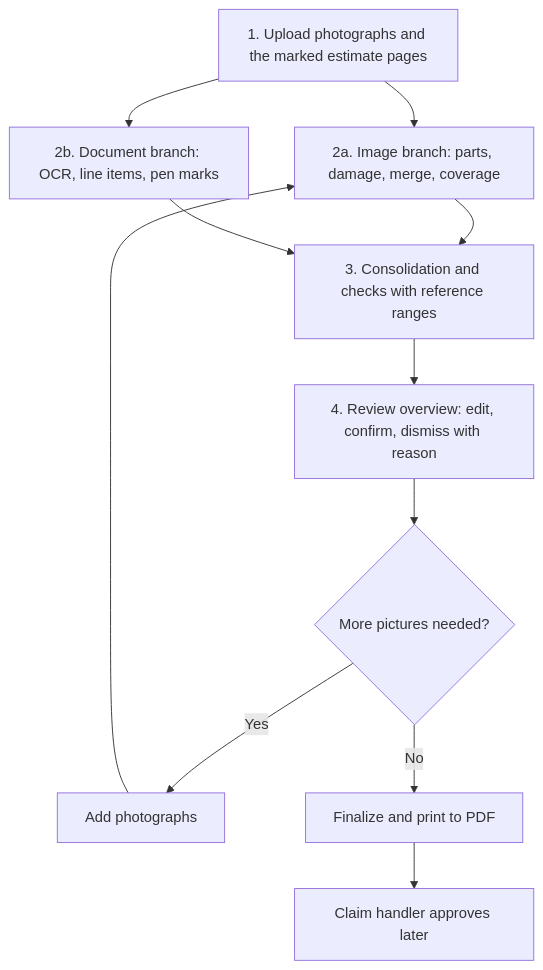
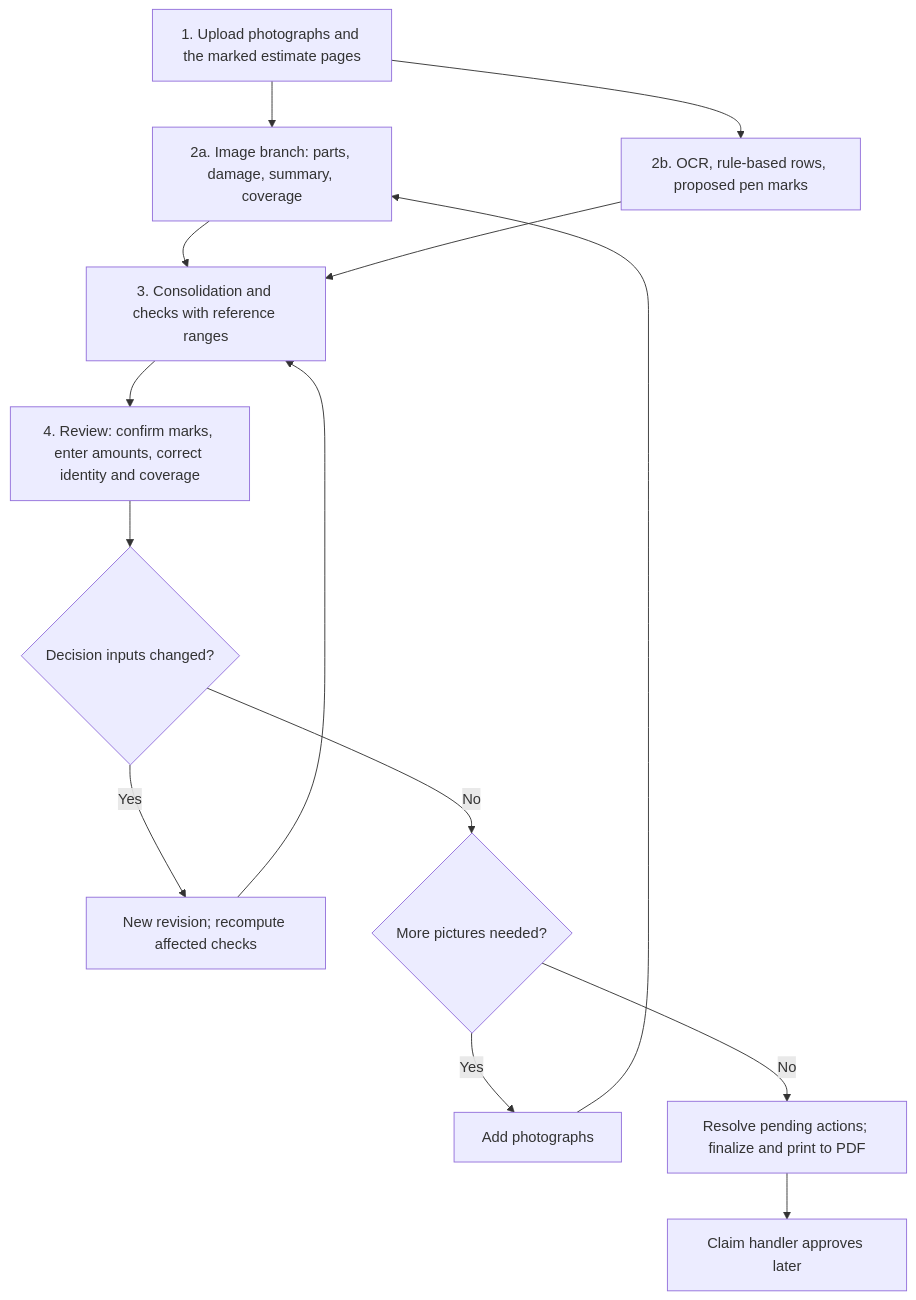
One commit to RodelFMiguel/CLAIM-CMEV changed the second of 5 diagrams in docs/CLAIM-CMEV_project_proposal_v2.md. Above: the diagram before and after it, drawn with Mermaid. The commit also changed other lines of this file and 1 other file, not shown here.

````diff
--- a/docs/CLAIM-CMEV_project_proposal_v2.md
+++ b/docs/CLAIM-CMEV_project_proposal_v2.md
@@ -205,12 +207,14 @@
 ```mermaid
 flowchart TD
-    A["1. Upload photographs and the marked estimate pages"] --> B["2a. Image branch: parts, damage, merge, coverage"]
-    A --> C["2b. Document branch: OCR, line items, pen marks"]
+    A["1. Upload photographs and the marked estimate pages"] --> B["2a. Image branch: parts, damage, summary, coverage"]
+    A --> C["2b. OCR, rule-based rows, proposed pen marks"]
     B --> D["3. Consolidation and checks with reference ranges"]
     C --> D
-    D --> E["4. Review overview: edit, confirm, dismiss with reason"]
-    E --> F{"More pictures needed?"}
+    D --> E["4. Review: confirm marks, enter amounts, correct identity and coverage"]
+    E --> R{"Decision inputs changed?"}
+    R -->|Yes| N["New revision; recompute affected checks"] --> D
+    R -->|No| F{"More pictures needed?"}
     F -->|Yes| G["Add photographs"] --> B
-    F -->|No| H["Finalize and print to PDF"]
+    F -->|No| H["Resolve pending actions; finalize and print to PDF"]
     H --> I["Claim handler approves later"]
 ```
````
